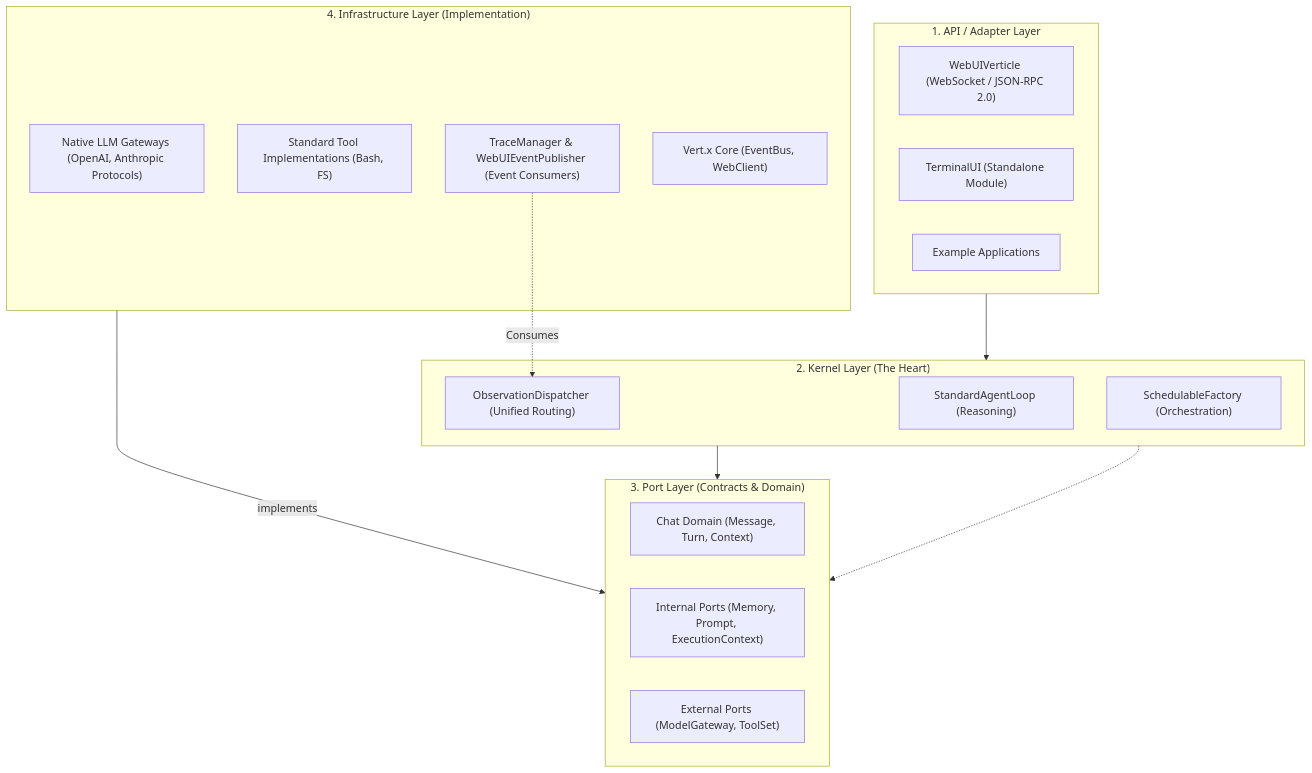
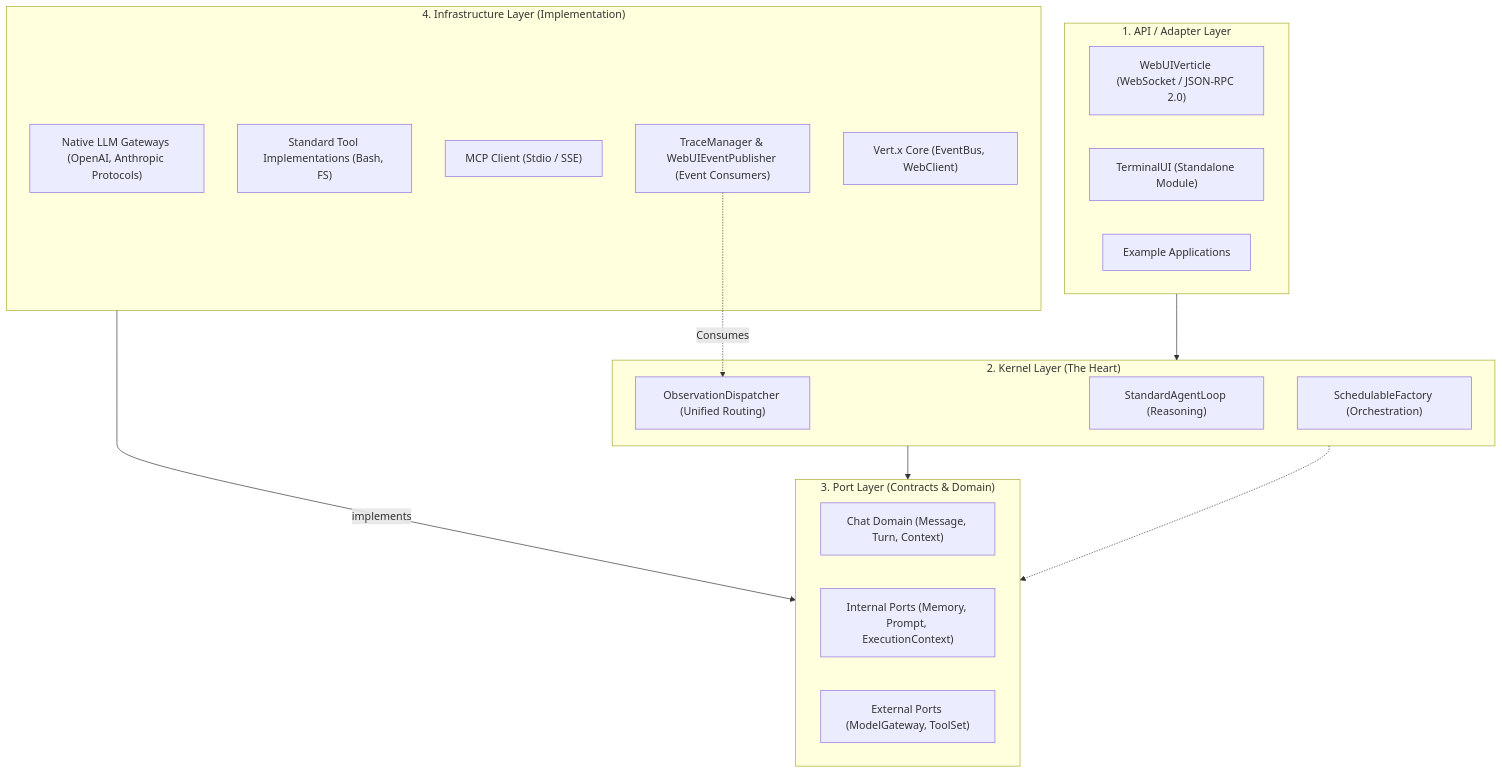
One commit to stream-iori/ganglia changed the diagram in docs/ARCHITECTURE.md. Above: the diagram before and after it, drawn with Mermaid. The commit also changed other lines of this file and 381 other files, not shown here.

````diff
--- a/docs/ARCHITECTURE.md
+++ b/docs/ARCHITECTURE.md
@@ -43,33 +43,34 @@
 ```mermaid
 graph TD
     subgraph API ["1. API / Adapter Layer"]
         WebUI["WebUIVerticle (WebSocket / JSON-RPC 2.0)"]
         TUI["TerminalUI (Standalone Module)"]
         Demos["Example Applications"]
     end
 
     subgraph Kernel ["2. Kernel Layer (The Heart)"]
         Loop["StandardAgentLoop (Reasoning)"]
         Dispatcher["ObservationDispatcher (Unified Routing)"]
         SchedFactory["SchedulableFactory (Orchestration)"]
     end
 
     subgraph Port ["3. Port Layer (Contracts & Domain)"]
         Chat["Chat Domain (Message, Turn, Context)"]
         IntPorts["Internal Ports (Memory, Prompt, ExecutionContext)"]
         ExtPorts["External Ports (ModelGateway, ToolSet)"]
     end
 
     subgraph Infra ["4. Infrastructure Layer (Implementation)"]
         Gateways["Native LLM Gateways (OpenAI, Anthropic Protocols)"]
         Tools["Standard Tool Implementations (Bash, FS)"]
+        MCP["MCP Client (Stdio / SSE)"]
         Observability["TraceManager & WebUIEventPublisher (Event Consumers)"]
         Vertx["Vert.x Core (EventBus, WebClient)"]
     end
 
     API --> Kernel
     Kernel --> Port
     Infra -- implements --> Port
     Kernel -.-> Port
     Observability -.->|Consumes| Dispatcher
 ```
````
